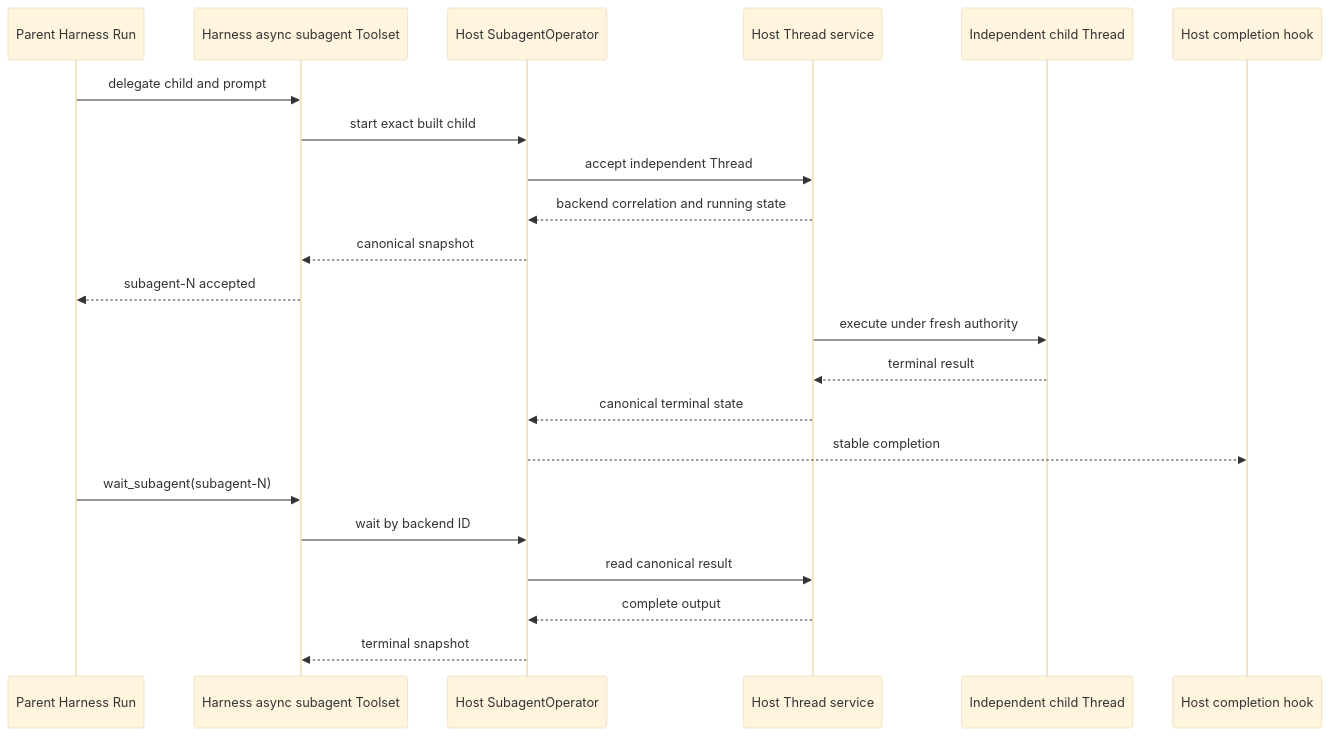
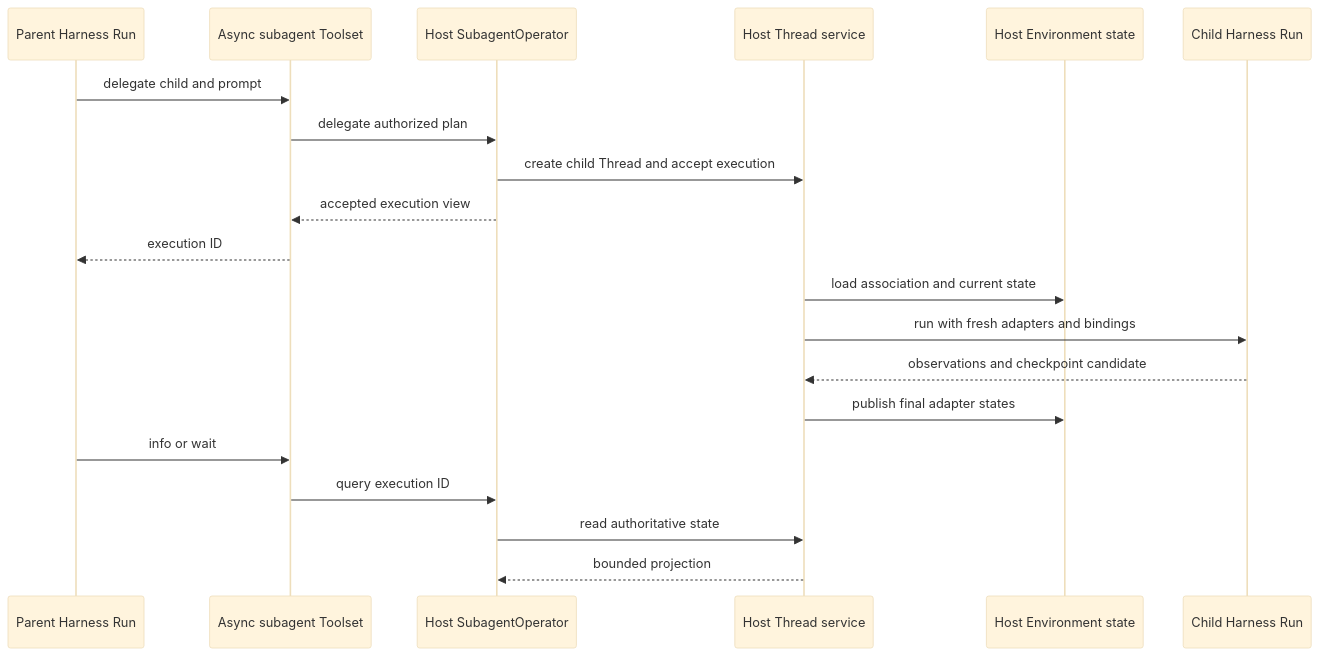
Before and after one commit to LTThreeComma/agent-foundation: the second of 2 diagrams in spec/agent-harness/20-async-components-and-lifecycle.md, drawn with Mermaid (base theme). The commit also changed other lines of this file and 188 other files, not shown here.

First line of the commit message:
feat(harness): rework environment and host ownership (#82)

````diff
--- a/spec/agent-harness/20-async-components-and-lifecycle.md
+++ b/spec/agent-harness/20-async-components-and-lifecycle.md
@@ -185,25 +98,23 @@
 ```mermaid
 sequenceDiagram
     participant Parent as Parent Harness Run
-    participant Tools as Harness async subagent Toolset
+    participant Tools as Async subagent Toolset
     participant Operator as Host SubagentOperator
     participant Threads as Host Thread service
-    participant Child as Independent child Thread
-    participant Hook as Host completion hook
+    participant Envs as Host Environment state
+    participant Child as Child Harness Run
 
     Parent->>Tools: delegate child and prompt
-    Tools->>Operator: start exact built child
-    Operator->>Threads: accept independent Thread
-    Threads-->>Operator: backend correlation and running state
-    Operator-->>Tools: canonical snapshot
-    Tools-->>Parent: subagent-N accepted
-    Threads->>Child: execute under fresh authority
-    Child-->>Threads: terminal result
-    Threads-->>Operator: canonical terminal state
-    Operator-->>Hook: stable completion
-    Parent->>Tools: wait_subagent(subagent-N)
-    Tools->>Operator: wait by backend ID
-    Operator->>Threads: read canonical result
-    Threads-->>Operator: complete output
-    Operator-->>Tools: terminal snapshot
+    Tools->>Operator: delegate authorized plan
+    Operator->>Threads: create child Thread and accept execution
+    Operator-->>Tools: accepted execution view
+    Tools-->>Parent: execution ID
+    Threads->>Envs: load association and current state
+    Threads->>Child: run with fresh adapters and bindings
+    Child-->>Threads: observations and checkpoint candidate
+    Threads->>Envs: publish final adapter states
+    Parent->>Tools: info or wait
+    Tools->>Operator: query execution ID
+    Operator->>Threads: read authoritative state
+    Threads-->>Operator: bounded projection
 ```
````
